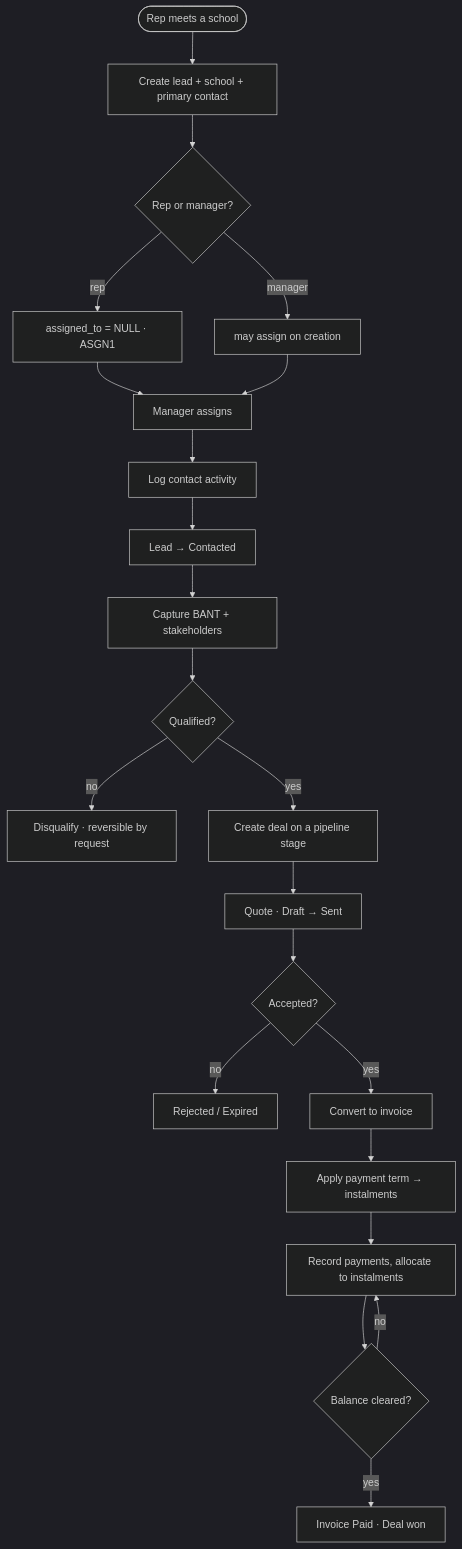
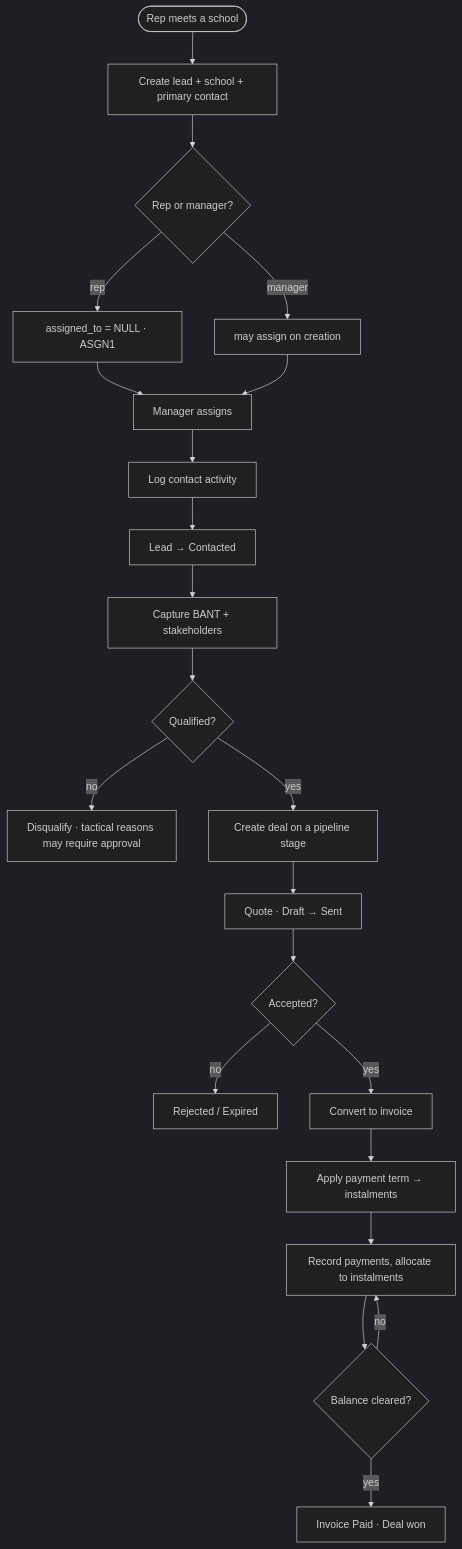
One commit to ApeX353/DigiLearn-CRM--Current changed the eighth of 10 diagrams in CODEBASE-SKELETON.md. Above: the diagram before and after it, drawn with Mermaid (dark theme). The commit also changed other lines of this file and 5 other files, not shown here.

````diff
--- a/CODEBASE-SKELETON.md
+++ b/CODEBASE-SKELETON.md
@@ -363,24 +413,24 @@
 ```mermaid
 flowchart TB
   a([Rep meets a school]) --> b[Create lead + school + primary contact]
   b --> c{Rep or manager?}
   c -->|rep| d[assigned_to = NULL · ASGN1]
   c -->|manager| e[may assign on creation]
   d --> f[Manager assigns]
   e --> f
   f --> g[Log contact activity]
   g --> h[Lead → Contacted]
   h --> i[Capture BANT + stakeholders]
   i --> j{Qualified?}
-  j -->|no| k[Disqualify · reversible by request]
+  j -->|no| k[Disqualify · tactical reasons may require approval]
   j -->|yes| l[Create deal on a pipeline stage]
   l --> m[Quote · Draft → Sent]
   m --> n{Accepted?}
   n -->|no| o[Rejected / Expired]
   n -->|yes| p[Convert to invoice]
   p --> q[Apply payment term → instalments]
   q --> r[Record payments, allocate to instalments]
   r --> s{Balance cleared?}
   s -->|yes| t[Invoice Paid · Deal won]
   s -->|no| r
 ```
````
